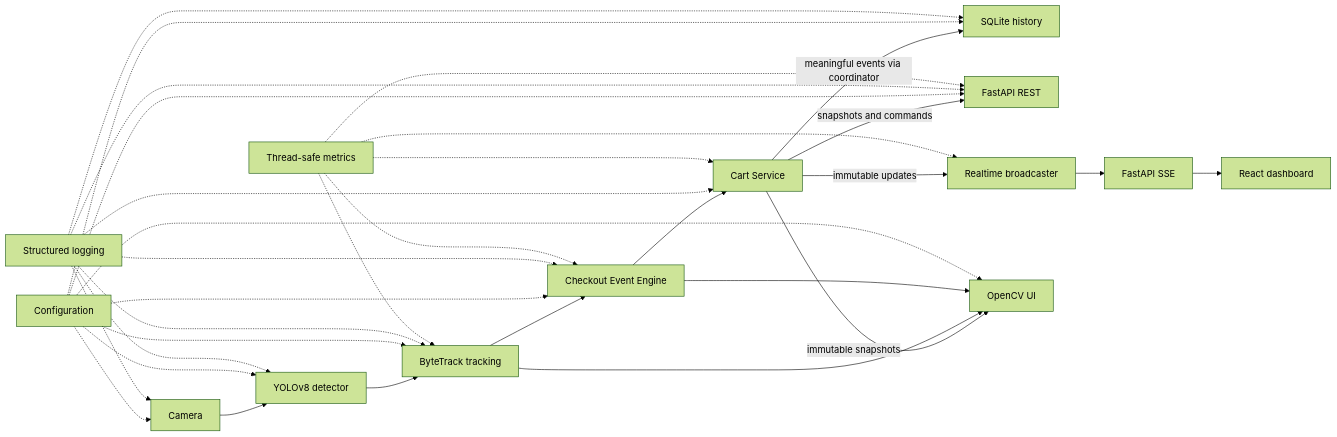
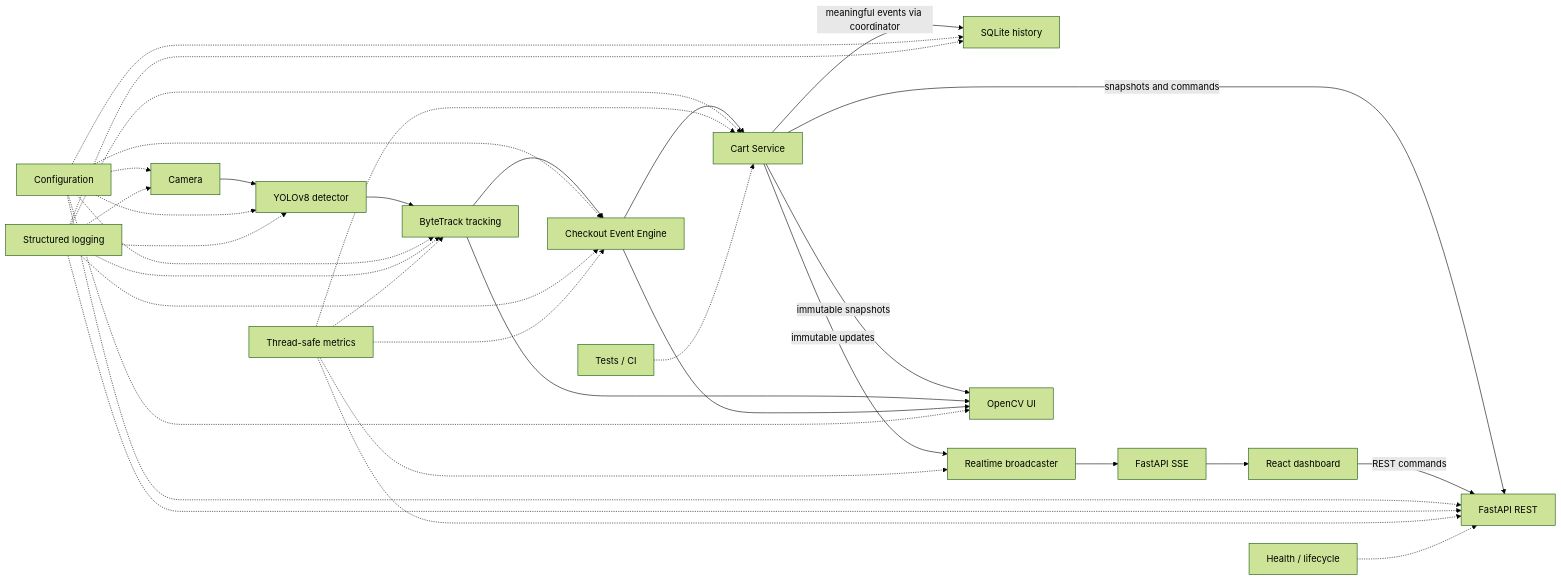
One commit to SHUBHANGSUDHANSU/smart-retail-checkout changed the first of 2 diagrams in docs/ARCHITECTURE.md. Above: the diagram before and after it, drawn with Mermaid (forest theme). The commit also changed other lines of this file and 39 other files, not shown here.

````diff
--- a/docs/ARCHITECTURE.md
+++ b/docs/ARCHITECTURE.md
@@ -10,38 +11,41 @@
 ```mermaid
 flowchart LR
     Camera["Camera"] --> YOLO["YOLOv8 detector"]
     YOLO --> ByteTrack["ByteTrack tracking"]
     ByteTrack --> EventEngine["Checkout Event Engine"]
     EventEngine --> Cart["Cart Service"]
 
     Cart -->|"meaningful events via coordinator"| SQLite["SQLite history"]
     Cart -->|"snapshots and commands"| API["FastAPI REST"]
     Cart -->|"immutable updates"| Broadcaster["Realtime broadcaster"]
     Broadcaster --> SSE["FastAPI SSE"]
     SSE --> React["React dashboard"]
+    React -->|"REST commands"| API
     Cart -->|"immutable snapshots"| UI["OpenCV UI"]
     ByteTrack --> UI
     EventEngine --> UI
 
     Config["Configuration"] -.-> Camera
     Config -.-> YOLO
     Config -.-> ByteTrack
     Config -.-> EventEngine
     Config -.-> SQLite
     Config -.-> API
     Config -.-> UI
 
     Logging["Structured logging"] -.-> Camera
     Logging -.-> YOLO
     Logging -.-> ByteTrack
     Logging -.-> EventEngine
     Logging -.-> Cart
     Logging -.-> SQLite
     Logging -.-> API
 
     Metrics["Thread-safe metrics"] -.-> ByteTrack
     Metrics -.-> EventEngine
     Metrics -.-> Cart
     Metrics -.-> API
     Metrics -.-> Broadcaster
+    Lifecycle["Health / lifecycle"] -.-> API
+    Tests["Tests / CI"] -.-> Cart
 ```
````
